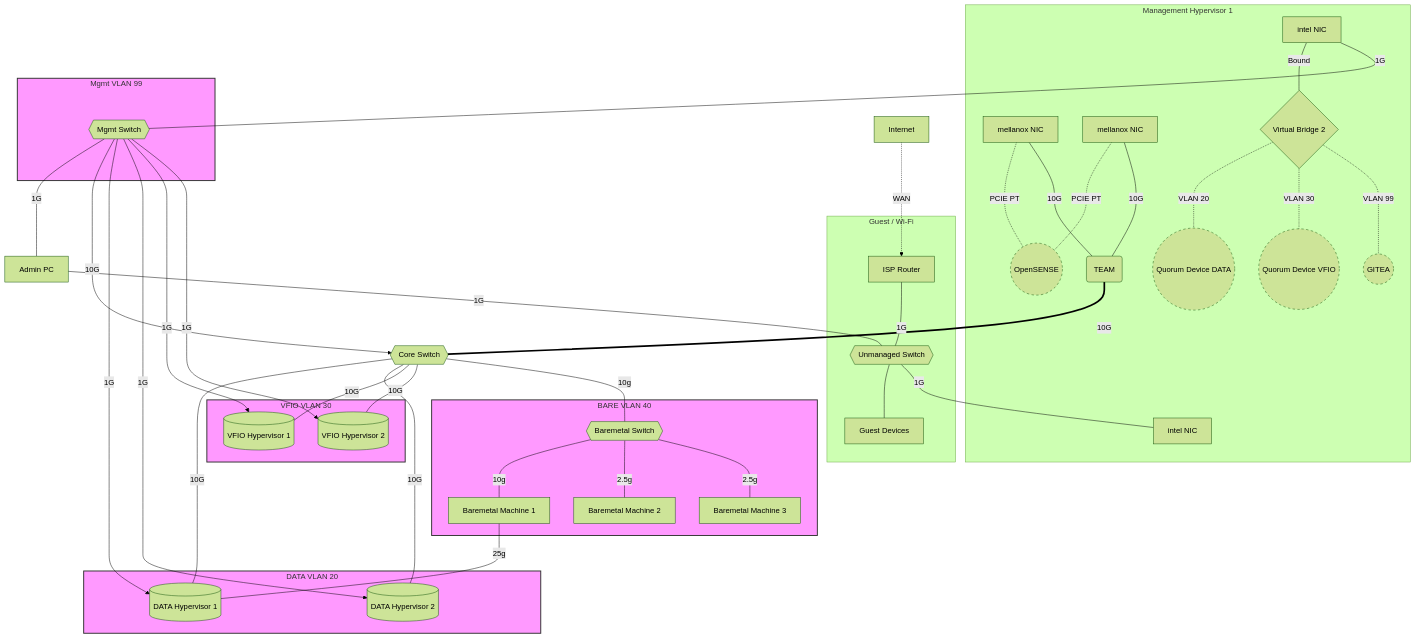
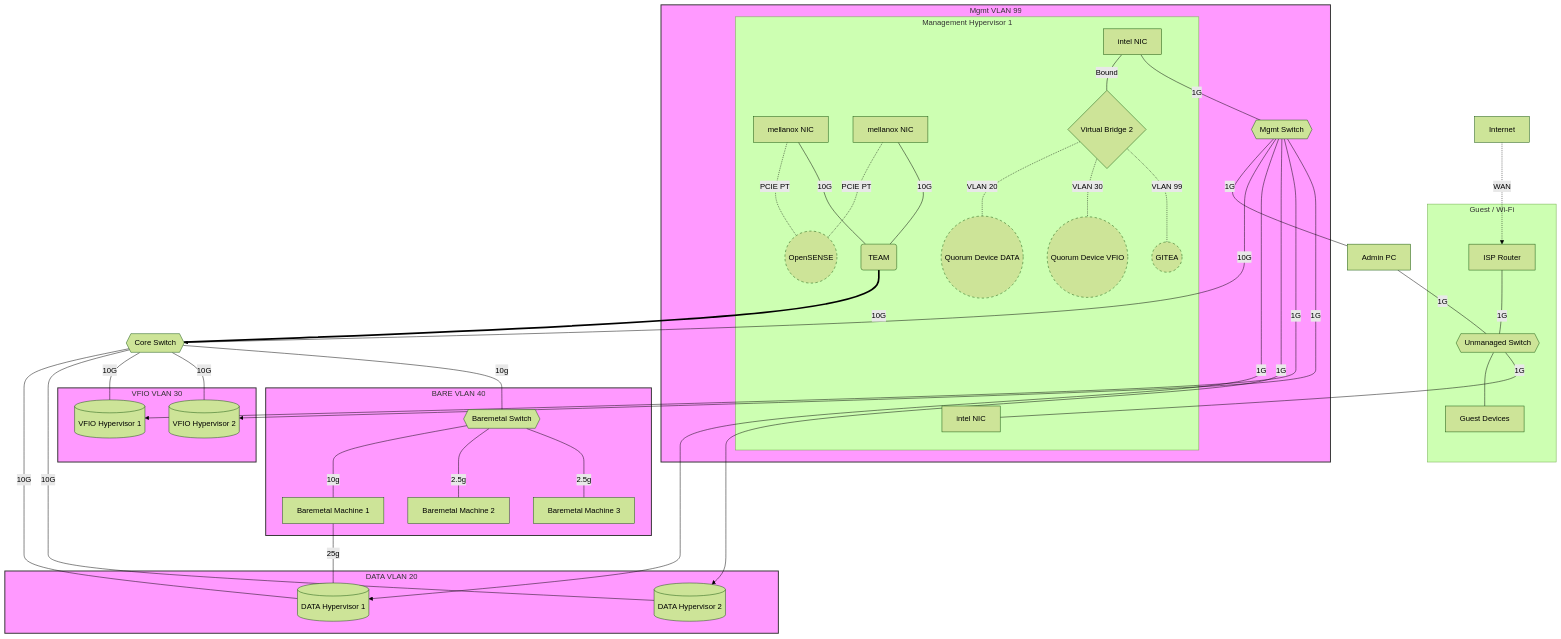
The diagram in alp/netop.md (woeiru/lab), drawn with Mermaid (forest theme) before and after one commit.

Commit message:
alp/netop.md: add MH1 and MS to management VLAN subgraph

````diff
--- a/alp/netop.md
+++ b/alp/netop.md
@@ -3,80 +3,81 @@
 ```mermaid
 graph TD
     subgraph MH1[Management Hypervisor 1]
         MH1NIC1[intel NIC]
         MH1NIC2[intel NIC]
         MH1NIC3[mellanox NIC]
         MH1NIC4[mellanox NIC]
         MH1NIC3 -.-|"PCIE PT"| OPN
         MH1NIC4 -.-|"PCIE PT"| OPN
         VB2{Virtual Bridge 2}
         MH1NIC2 ---|"Bound"| VB2
         OPN((OpenSENSE))
         QDV((Quorum Device VFIO))
         QDD((Quorum Device DATA))
         GIT((GITEA))
         MH1TEAM(TEAM)
     end
 
     INT[Internet] -.-> |WAN| ISPR[ISP Router]
     ISPR --- |"1G"| US{{Unmanaged Switch}}
     US --- GD[Guest Devices]
     US ---|1G| MH1NIC1
 
     MS{{Mgmt Switch}} ---|"1G"| APC[Admin PC]
     APC ---|"1G"| US
 
     MH1NIC2 ---|"1G"| MS
     MH1NIC3 ---|"10G"| MH1TEAM
     MH1NIC4 ---|"10G"| MH1TEAM
     MH1TEAM ===|"10G"| CS{{Core Switch}}
 
     MS --->|"10G"| CS
     MS --->|"1G"| DH1
     MS --->|"1G"| DH2
     MS --->|"1G"| VH1
     MS --->|"1G"| VH2
 
     CS ---|"10G"| DH1[(DATA Hypervisor 1)]
     CS ---|"10G"| DH2[(DATA Hypervisor 2)]
     CS ---|"10G"| VH1[(VFIO Hypervisor 1)]
     CS ---|"10G"| VH2[(VFIO Hypervisor 2)]
 
     CS ---|"10g"| BMS{{Baremetal Switch}}
     BMS ---|"10g"| BM1[Baremetal Machine 1]
     BM1 ---|"25g"| DH1
     BMS ---|"2.5g"| BM2[Baremetal Machine 2]
     BMS ---|"2.5g"| BM3[Baremetal Machine 3]
 
     subgraph VLAN20 [DATA VLAN 20]
         DH1
         DH2
     end
     subgraph VLAN30 [VFIO VLAN 30]
         VH1
         VH2
     end
     subgraph VLAN40 [BARE VLAN 40]
         BMS
         BM1 
         BM2 
         BM3 
     end
     subgraph VLAN99 [Mgmt VLAN 99]
+        MH1
         MS
     end
     subgraph Guest [Guest / Wi-Fi]
         ISPR
         GD
         US
     end
 
     VB2 -.-|VLAN 20| QDD
     VB2 -.-|VLAN 30| QDV
     VB2 -.-|VLAN 99| GIT
 
     classDef punctuated stroke-dasharray: 5 5;
     class TEAM,GIT,QDV,QDD,OPN punctuated;
     classDef vlan fill:#f9f,stroke:#333,stroke-width:2px;
     class VLAN20,VLAN30,VLAN40,VLAN99 vlan;
 ```
````
